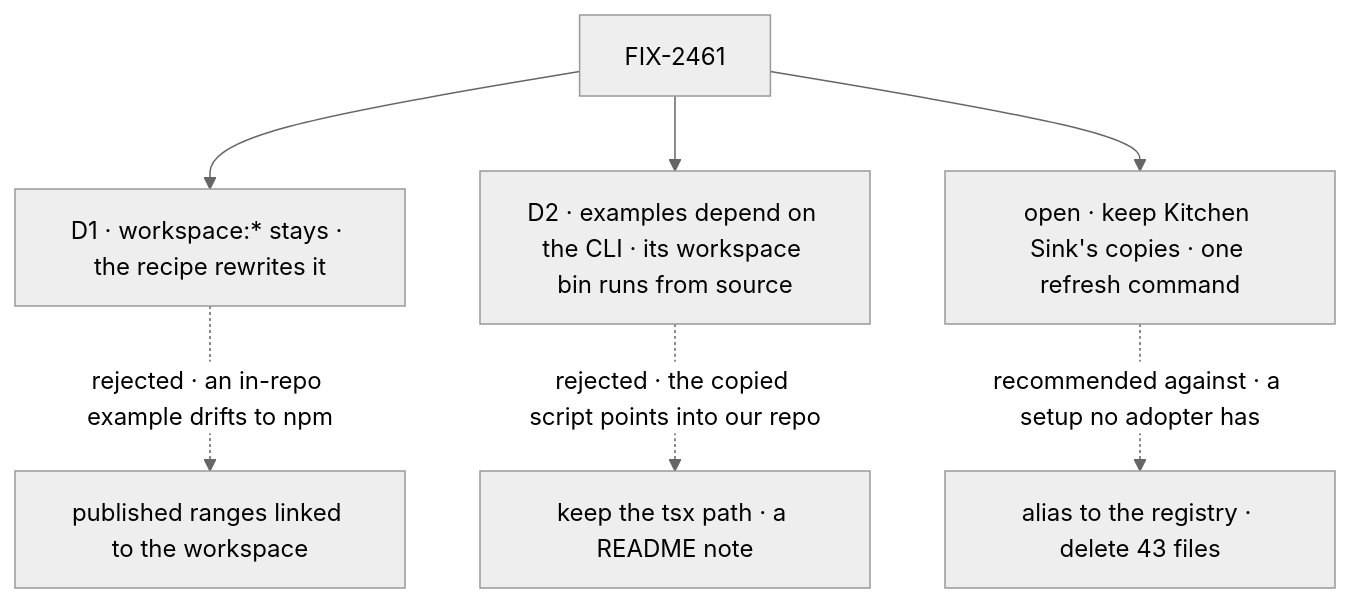
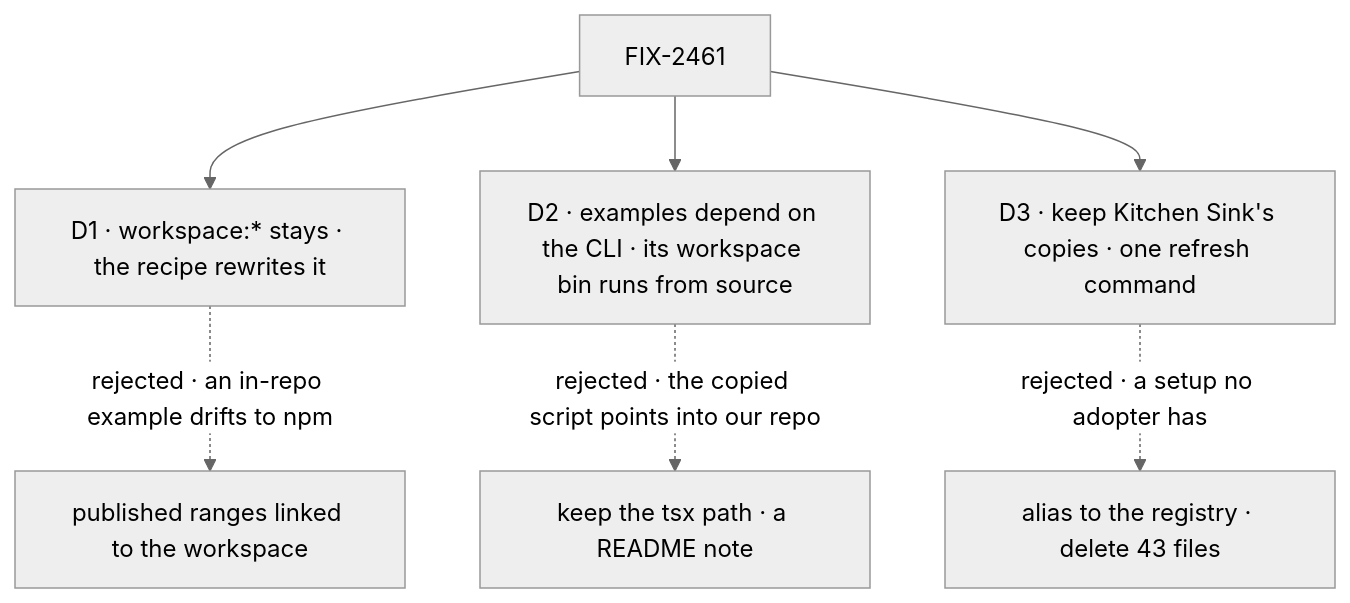
The diagram in specs/issues/FIX-2461/DECISIONS.md (fixpoint-labs/flow-state-dev), drawn with Mermaid (neutral theme) before and after one commit. The commit also changed other lines of this file and 2 other files, not shown here.

````diff
--- a/specs/issues/FIX-2461/DECISIONS.md
+++ b/specs/issues/FIX-2461/DECISIONS.md
@@ -10,9 +10,9 @@
 ```mermaid
 flowchart TD
   I["FIX-2461"] --> D1["D1 · workspace:* stays · the recipe rewrites it"]
   D1 -.->|"rejected · an in-repo example drifts to npm"| X1["published ranges linked to the workspace"]
   I --> D2["D2 · examples depend on the CLI · its workspace bin runs from source"]
   D2 -.->|"rejected · the copied script points into our repo"| X2["keep the tsx path · a README note"]
-  I --> O["open · keep Kitchen Sink's copies · one refresh command"]
-  O -.->|"recommended against · a setup no adopter has"| X3["alias to the registry · delete 43 files"]
+  I --> D3["D3 · keep Kitchen Sink's copies · one refresh command"]
+  D3 -.->|"rejected · a setup no adopter has"| X3["alias to the registry · delete 43 files"]
 ```
````
